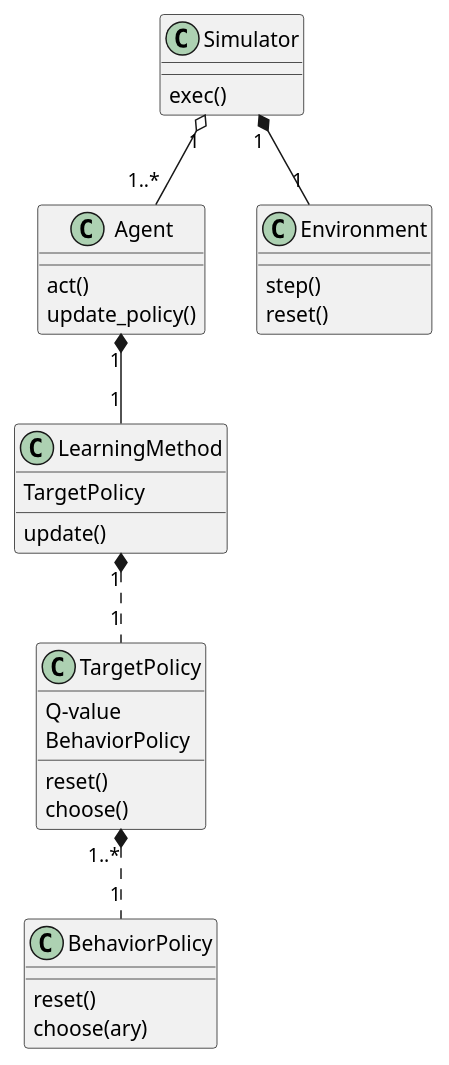
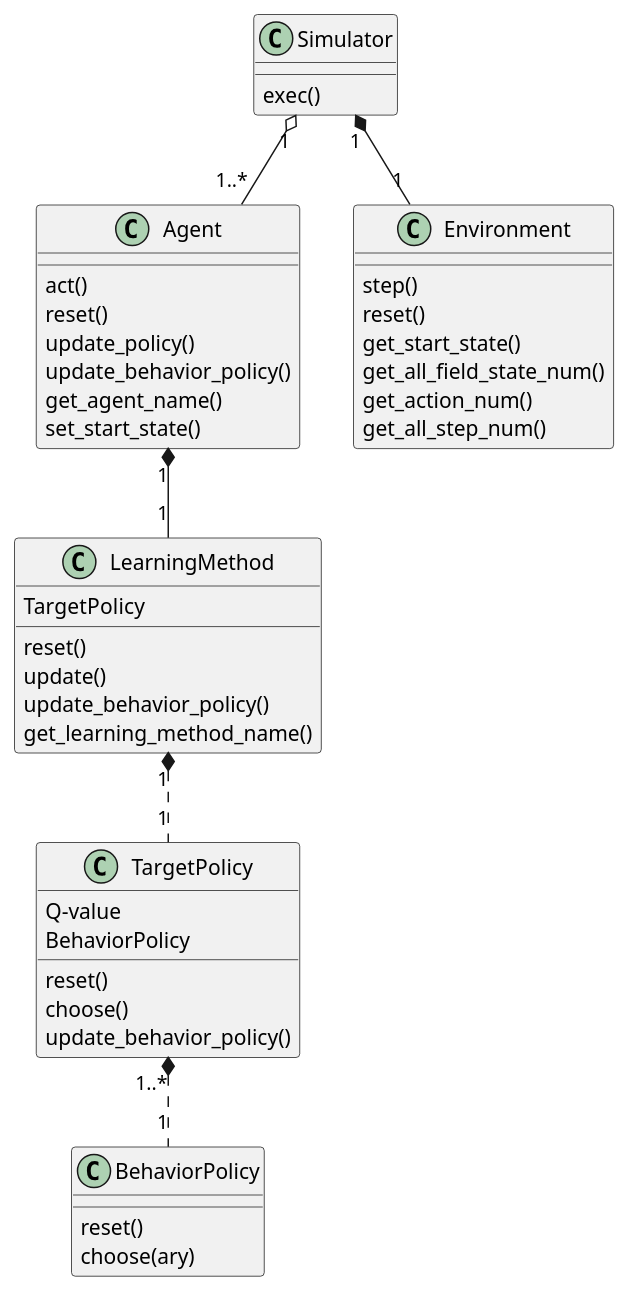
The diagram in uml/packageConstitution.puml (MotoShin/reinforcement-learning-tutorial), drawn with PlantUML before and after one commit. The commit also changed 3 other files, not shown here.

```diff
--- a/uml/packageConstitution.puml
+++ b/uml/packageConstitution.puml
@@ -1,32 +1,44 @@
 @startuml
 class Simulator
 Simulator : exec()
 
 class Agent
 Agent : act()
+Agent : reset()
 Agent : update_policy()
+Agent : update_behavior_policy()
+Agent : get_agent_name()
+Agent : set_start_state()
 
 class Environment
 Environment : step()
 Environment : reset()
+Environment : get_start_state()
+Environment : get_all_field_state_num()
+Environment : get_action_num()
+Environment : get_all_step_num()
 
 class LearningMethod
 LearningMethod : TargetPolicy
+LearningMethod : reset()
 LearningMethod : update()
+LearningMethod : update_behavior_policy()
+LearningMethod : get_learning_method_name()
 
 class BehaviorPolicy
 BehaviorPolicy : reset()
 BehaviorPolicy : choose(ary)
 
 class TargetPolicy
 TargetPolicy : Q-value
 TargetPolicy : BehaviorPolicy
 TargetPolicy : reset()
 TargetPolicy : choose()
+TargetPolicy : update_behavior_policy()
 
 Simulator "1" o-- "1..*" Agent
 Simulator "1" *-- "1" Environment
 Agent "1" *-- "1" LearningMethod
 LearningMethod "1" *.. "1" TargetPolicy
 TargetPolicy "1..*" *.. "1" BehaviorPolicy
 @enduml
```
